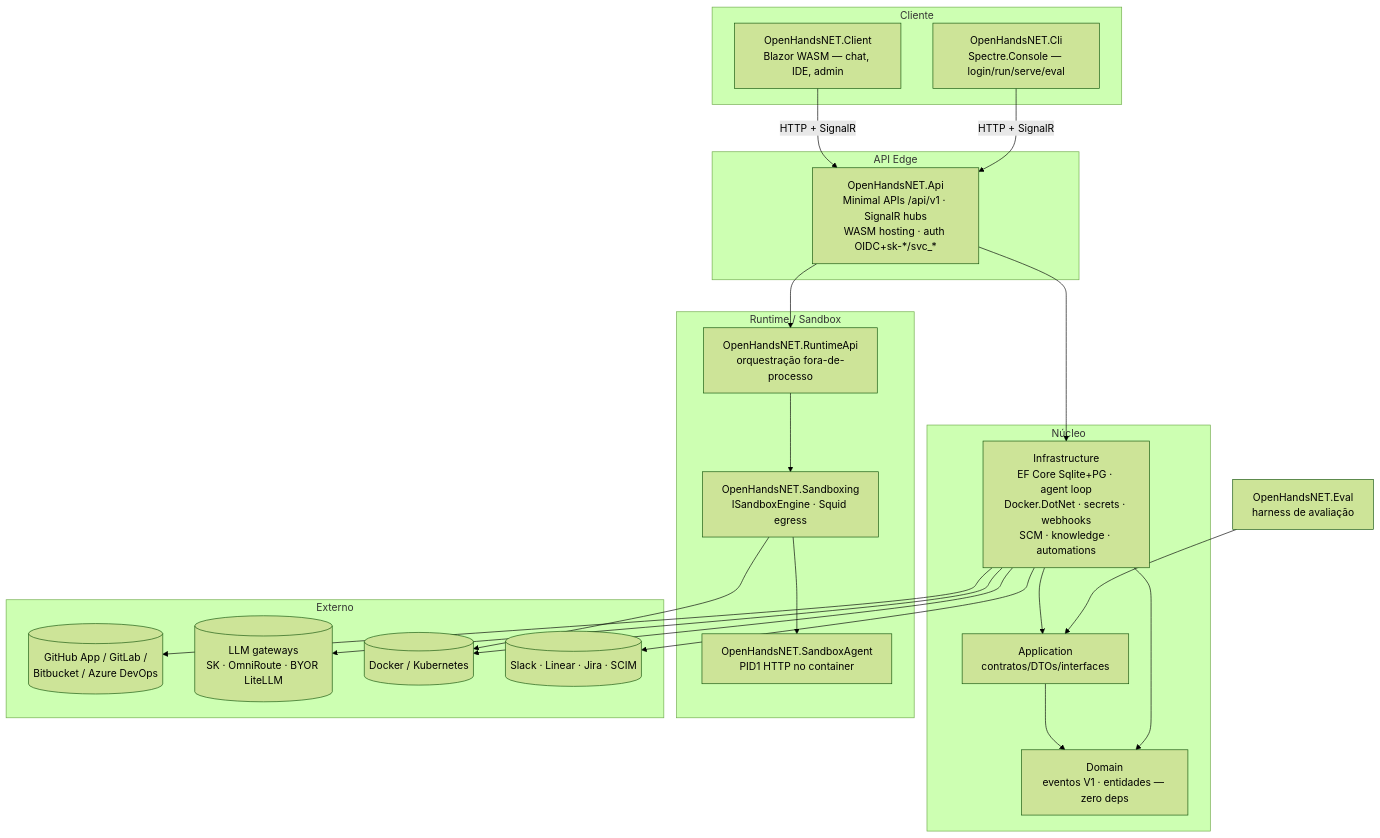
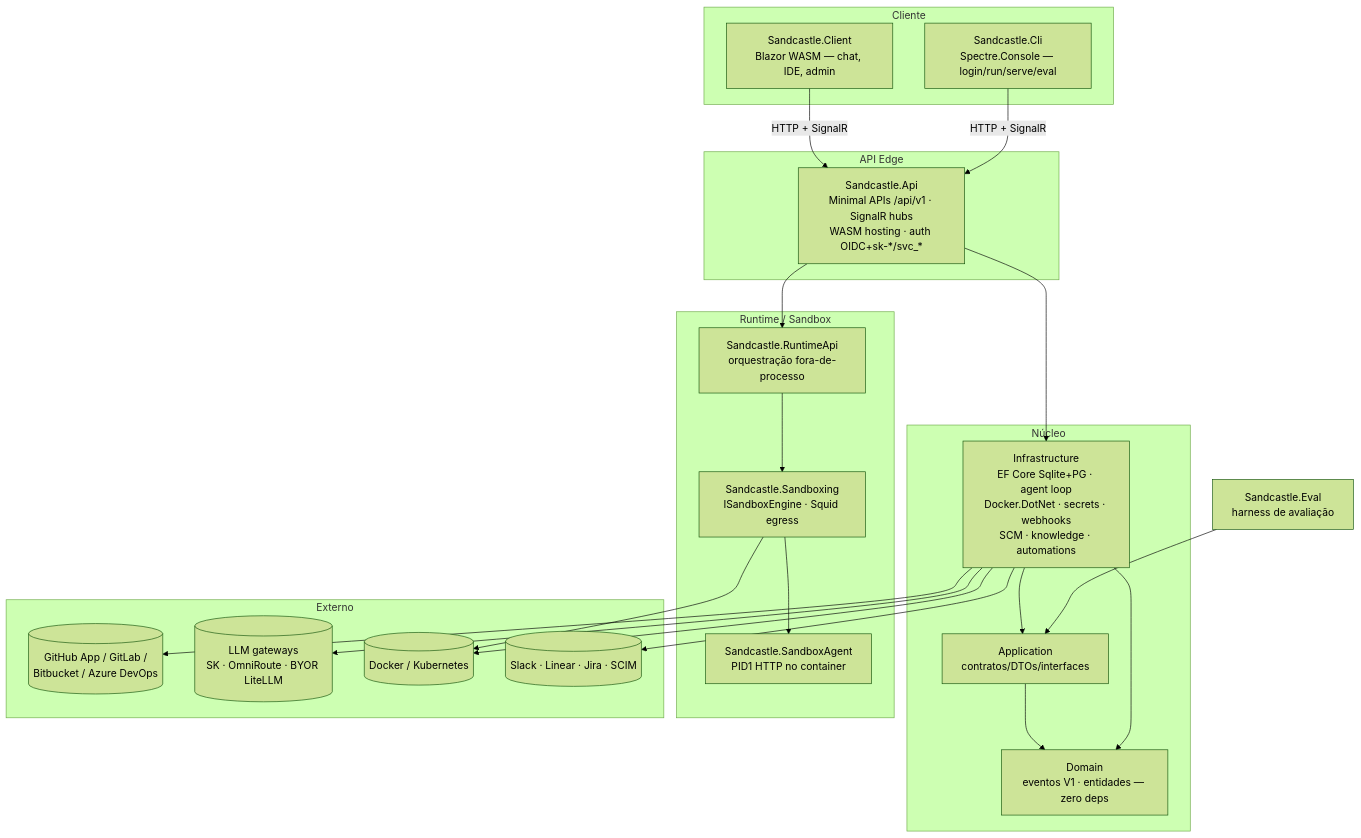
The diagram in docs/architecture/overview.md (afonsoft/OpenHandsNET), drawn with Mermaid (forest theme) before and after one commit. The commit also changed other lines of this file and 1964 other files, not shown here.

First line of the commit message:
refactor!: rename product OpenHandsNET -> Sandcastle (SPEC-138) (#397)

````diff
--- a/docs/architecture/overview.md
+++ b/docs/architecture/overview.md
@@ -6,45 +6,45 @@
 ```mermaid
 flowchart TB
     subgraph Client["Cliente"]
-        WASM["OpenHandsNET.Client<br/>Blazor WASM — chat, IDE, admin"]
-        CLI["OpenHandsNET.Cli<br/>Spectre.Console — login/run/serve/eval"]
+        WASM["Sandcastle.Client<br/>Blazor WASM — chat, IDE, admin"]
+        CLI["Sandcastle.Cli<br/>Spectre.Console — login/run/serve/eval"]
     end
 
     subgraph Edge["API Edge"]
-        API["OpenHandsNET.Api<br/>Minimal APIs /api/v1 · SignalR hubs<br/>WASM hosting · auth OIDC+sk-*/svc_*"]
+        API["Sandcastle.Api<br/>Minimal APIs /api/v1 · SignalR hubs<br/>WASM hosting · auth OIDC+sk-*/svc_*"]
     end
 
     subgraph Core["Núcleo"]
         APP["Application<br/>contratos/DTOs/interfaces"]
         DOM["Domain<br/>eventos V1 · entidades — zero deps"]
         INF["Infrastructure<br/>EF Core Sqlite+PG · agent loop<br/>Docker.DotNet · secrets · webhooks<br/>SCM · knowledge · automations"]
         APP --> DOM
         INF --> APP
     end
 
     subgraph Runtime["Runtime / Sandbox"]
-        RTAPI["OpenHandsNET.RuntimeApi<br/>orquestração fora-de-processo"]
-        SBOX["OpenHandsNET.Sandboxing<br/>ISandboxEngine · Squid egress"]
-        AGT["OpenHandsNET.SandboxAgent<br/>PID1 HTTP no container"]
+        RTAPI["Sandcastle.RuntimeApi<br/>orquestração fora-de-processo"]
+        SBOX["Sandcastle.Sandboxing<br/>ISandboxEngine · Squid egress"]
+        AGT["Sandcastle.SandboxAgent<br/>PID1 HTTP no container"]
         RTAPI --> SBOX --> AGT
     end
 
     subgraph Ext["Externo"]
         GH[("GitHub App / GitLab /<br/>Bitbucket / Azure DevOps")]
         LLM[("LLM gateways<br/>SK · OmniRoute · BYOR LiteLLM")]
         K8S[("Docker / Kubernetes")]
         CHAT[("Slack · Linear · Jira · SCIM")]
     end
 
     WASM -->|"HTTP + SignalR"| API
     CLI -->|"HTTP + SignalR"| API
     API --> INF
     API --> RTAPI
     INF --> DOM
     INF --> K8S
     SBOX --> K8S
     INF --> GH
     INF --> LLM
     INF --> CHAT
-    EVAL["OpenHandsNET.Eval<br/>harness de avaliação"] --> APP
+    EVAL["Sandcastle.Eval<br/>harness de avaliação"] --> APP
 ```
````
